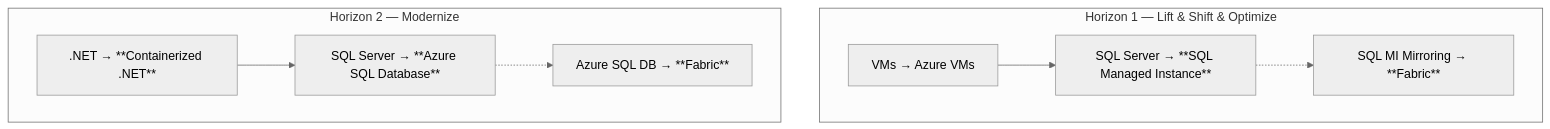
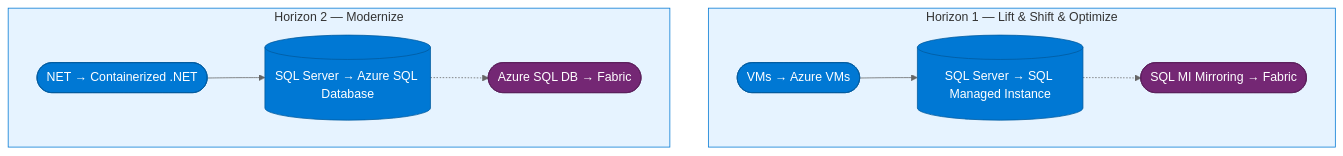
One commit to jonathan-vella/build-test changed the first of 2 diagrams in site/src/content/docs/horizons/index.md. Above: the diagram before and after it, drawn with Mermaid (neutral theme). The commit also changed 11 other files, not shown here.

````diff
--- a/site/src/content/docs/horizons/index.md
+++ b/site/src/content/docs/horizons/index.md
@@ -28,17 +28,21 @@
 ```mermaid
 graph TB
-  subgraph "Horizon 1 — Lift & Shift & Optimize"
-    H1_VM["VMs → Azure VMs"]
-    H1_SQL["SQL Server → **SQL Managed Instance**"]
-    H1_FAB["SQL MI Mirroring → **Fabric**"]
+  classDef azure  fill:#0078d4,stroke:#005a9e,color:#fff
+  classDef fabric fill:#742774,stroke:#5a1e5a,color:#fff
+  subgraph h1["Horizon 1 — Lift & Shift & Optimize"]
+    H1_VM(["VMs → Azure VMs"]):::azure
+    H1_SQL[("SQL Server → SQL Managed Instance")]:::azure
+    H1_FAB(["SQL MI Mirroring → Fabric"]):::fabric
   end
-  subgraph "Horizon 2 — Modernize"
-    H2_APP[".NET → **Containerized .NET**"]
-    H2_SQL["SQL Server → **Azure SQL Database**"]
-    H2_FAB["Azure SQL DB → **Fabric**"]
+  subgraph h2["Horizon 2 — Modernize"]
+    H2_APP(["NET → Containerized .NET"]):::azure
+    H2_SQL[("SQL Server → Azure SQL Database")]:::azure
+    H2_FAB(["Azure SQL DB → Fabric"]):::fabric
   end
   H1_VM --> H1_SQL
   H1_SQL -.-> H1_FAB
   H2_APP --> H2_SQL
   H2_SQL -.-> H2_FAB
+  style h1 fill:#e6f3ff,stroke:#0078d4
+  style h2 fill:#e6f3ff,stroke:#0078d4
 ```
````
